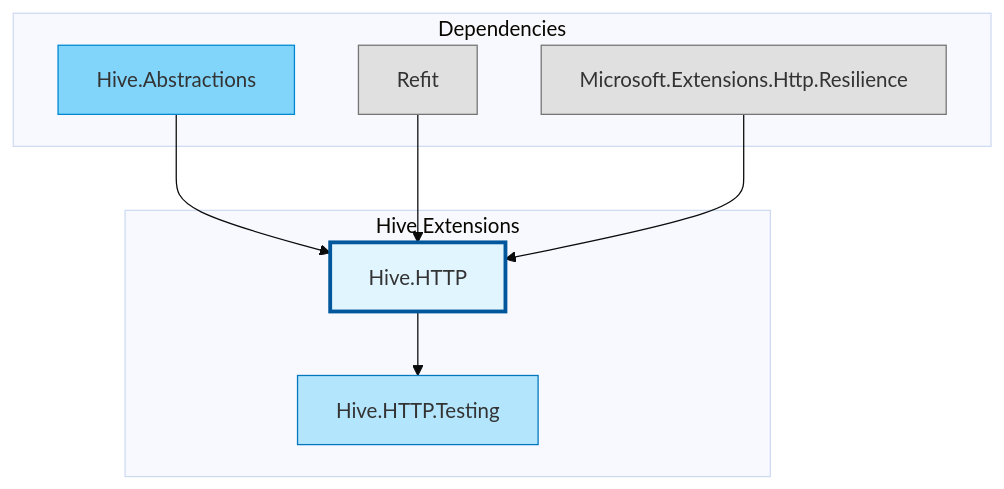
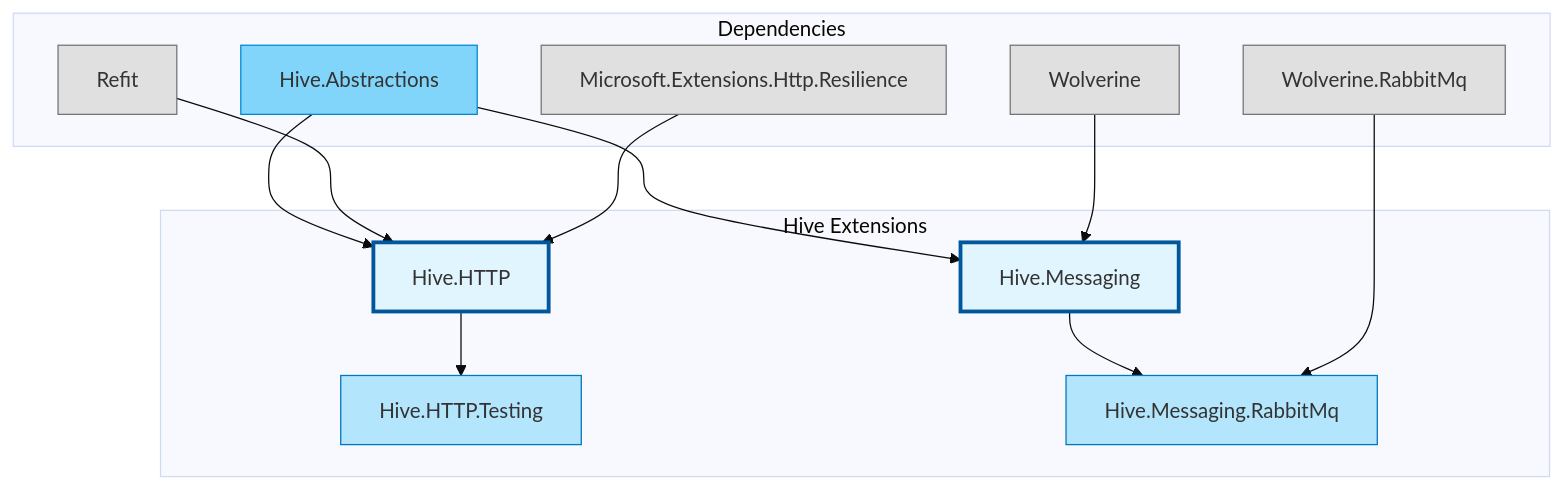
One commit to cloud-tek/hive changed the diagram in hive.extensions/README.md. Above: the diagram before and after it, drawn with Mermaid (base theme). The commit also changed other lines of this file and 1 other file, not shown here.

Commit message:
docs: add comprehensive Hive.Messaging README and update module index

````diff
--- a/hive.extensions/README.md
+++ b/hive.extensions/README.md
@@ -7,24 +7,37 @@
 ```mermaid
 graph TB
     subgraph "Hive Extensions"
         HTTP[Hive.HTTP]
         HTTPTesting[Hive.HTTP.Testing]
+        Messaging[Hive.Messaging]
+        MessagingRmq[Hive.Messaging.RabbitMq]
     end
 
     subgraph Dependencies
         Abstractions[Hive.Abstractions]
         Refit[Refit]
         Polly[Microsoft.Extensions.Http.Resilience]
+        Wolverine[Wolverine]
+        WolverineRmq[Wolverine.RabbitMq]
     end
 
     Abstractions --> HTTP
     Refit --> HTTP
     Polly --> HTTP
     HTTP --> HTTPTesting
 
+    Abstractions --> Messaging
+    Wolverine --> Messaging
+    Messaging --> MessagingRmq
+    WolverineRmq --> MessagingRmq
+
     style HTTP fill:#e1f5ff,stroke:#01579b,stroke-width:3px
     style HTTPTesting fill:#b3e5fc,stroke:#0277bd
+    style Messaging fill:#e1f5ff,stroke:#01579b,stroke-width:3px
+    style MessagingRmq fill:#b3e5fc,stroke:#0277bd
     style Abstractions fill:#81d4fa,stroke:#0288d1
     style Refit fill:#e0e0e0,stroke:#757575
     style Polly fill:#e0e0e0,stroke:#757575
+    style Wolverine fill:#e0e0e0,stroke:#757575
+    style WolverineRmq fill:#e0e0e0,stroke:#757575
 ```
````
